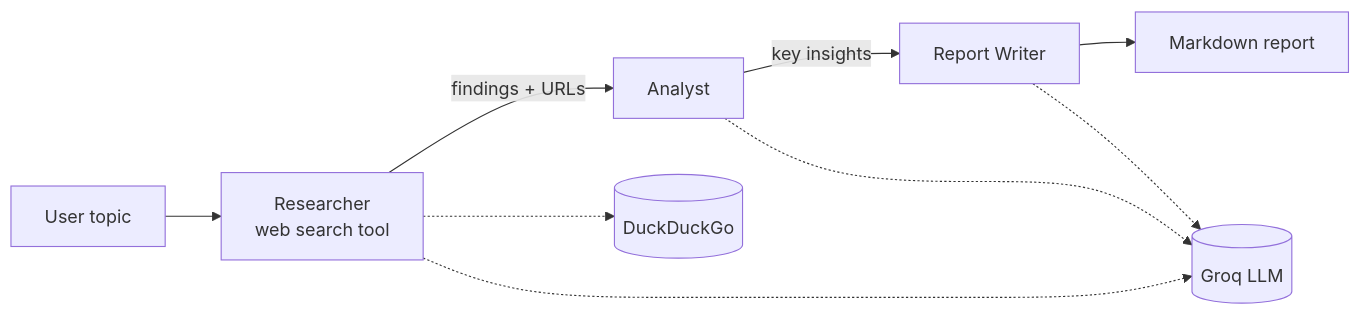
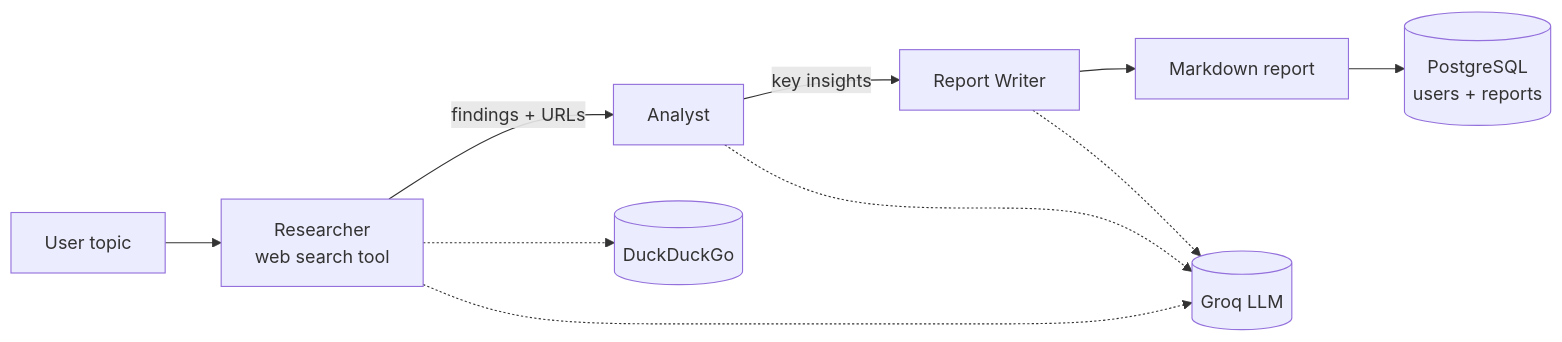
One commit to bokkavivek/AI-Research-Agent changed the diagram in README.md. Above: the diagram before and after it, drawn with Mermaid. The commit also changed other lines of this file and 7 other files, not shown here.

Commit message:
Add PostgreSQL, user login and report history

````diff
--- a/README.md
+++ b/README.md
@@ -17,9 +18,10 @@
 ```mermaid
 flowchart LR
     U[User topic] --> R[Researcher<br/>web search tool]
     R -->|findings + URLs| A[Analyst]
     A -->|key insights| W[Report Writer]
     W --> O[Markdown report]
+    O --> DB[(PostgreSQL<br/>users + reports)]
     R -.-> S[(DuckDuckGo)]
     R & A & W -.-> L[(Groq LLM)]
 ```
````
